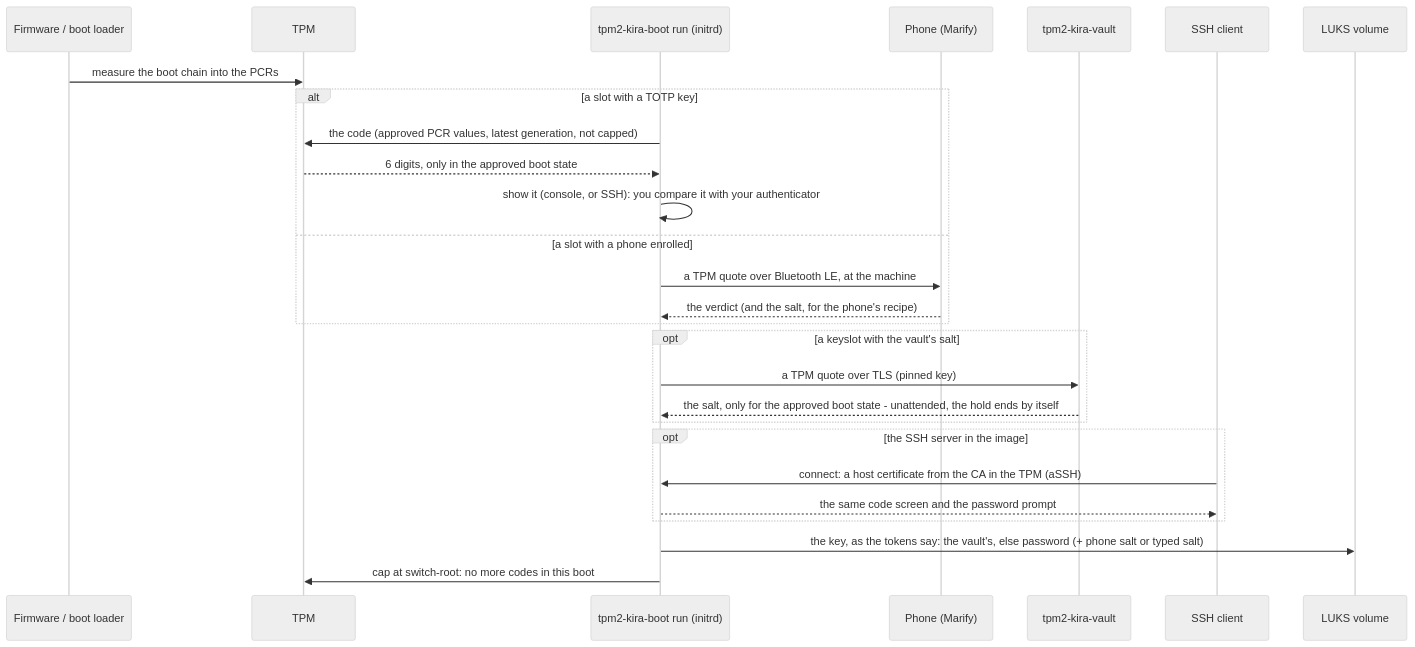
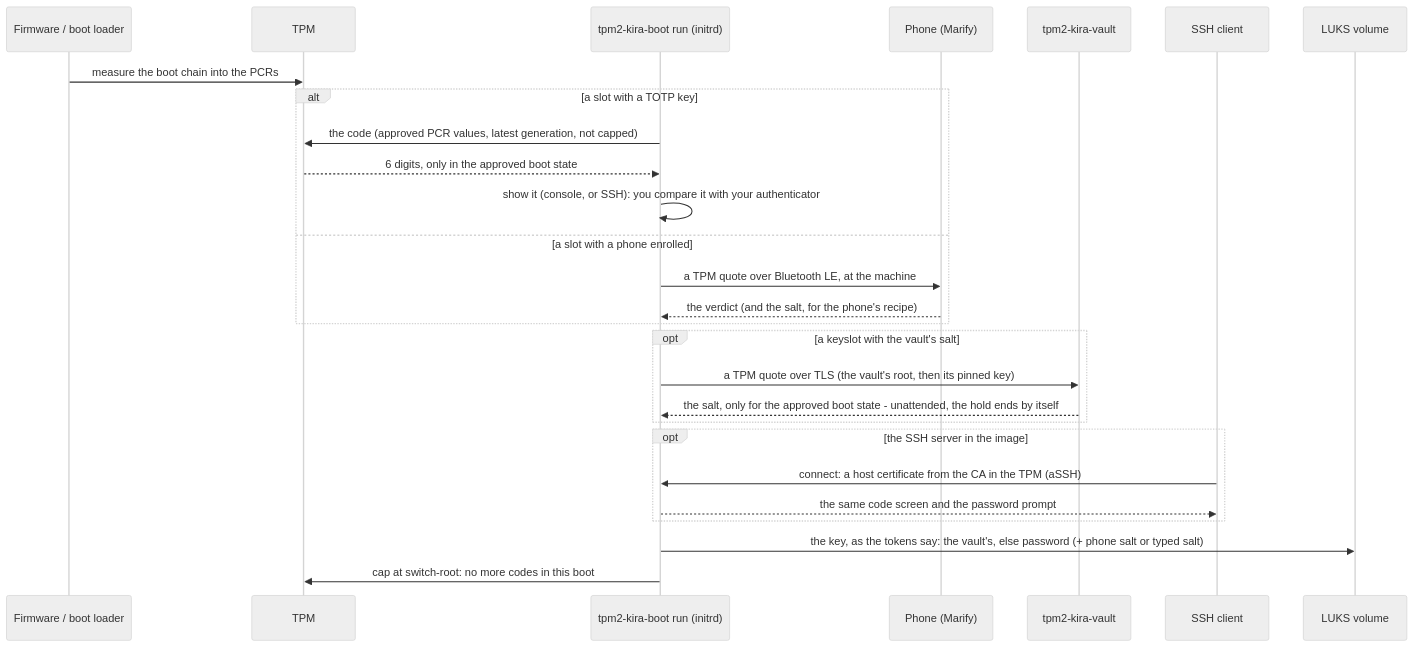
The second of 2 diagrams in README.md (mrwiora/tpm2-kira), drawn with Mermaid (neutral theme) before and after one commit. The commit also changed other lines of this file and 5 other files, not shown here.

First line of the commit message:
Docs: the vault's own root, verified by every client

````diff
--- a/README.md
+++ b/README.md
@@ -502,29 +503,29 @@
 ```mermaid
 sequenceDiagram
   participant FW as Firmware / boot loader
   participant TPM
   participant K as tpm2-kira-boot run (initrd)
   participant P as Phone (Marify)
   participant V as tpm2-kira-vault
   participant S as SSH client
   participant D as LUKS volume
   FW->>TPM: measure the boot chain into the PCRs
   alt a slot with a TOTP key
     K->>TPM: the code (approved PCR values, latest generation, not capped)
     TPM-->>K: 6 digits, only in the approved boot state
     K->>K: show it (console, or SSH): you compare it with your authenticator
   else a slot with a phone enrolled
     K->>P: a TPM quote over Bluetooth LE, at the machine
     P-->>K: the verdict (and the salt, for the phone's recipe)
   end
   opt a keyslot with the vault's salt
-    K->>V: a TPM quote over TLS (pinned key)
+    K->>V: a TPM quote over TLS (the vault's root, then its pinned key)
     V-->>K: the salt, only for the approved boot state - unattended, the hold ends by itself
   end
   opt the SSH server in the image
     S->>K: connect: a host certificate from the CA in the TPM (aSSH)
     K-->>S: the same code screen and the password prompt
   end
   K->>D: the key, as the tokens say: the vault's, else password (+ phone salt or typed salt)
   K->>TPM: cap at switch-root: no more codes in this boot
 ```
````
